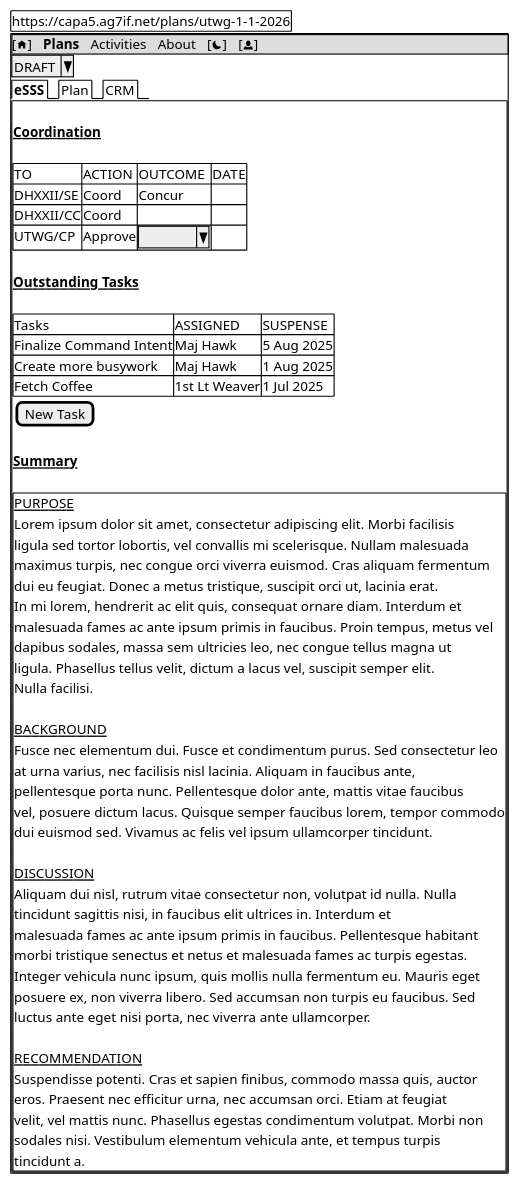
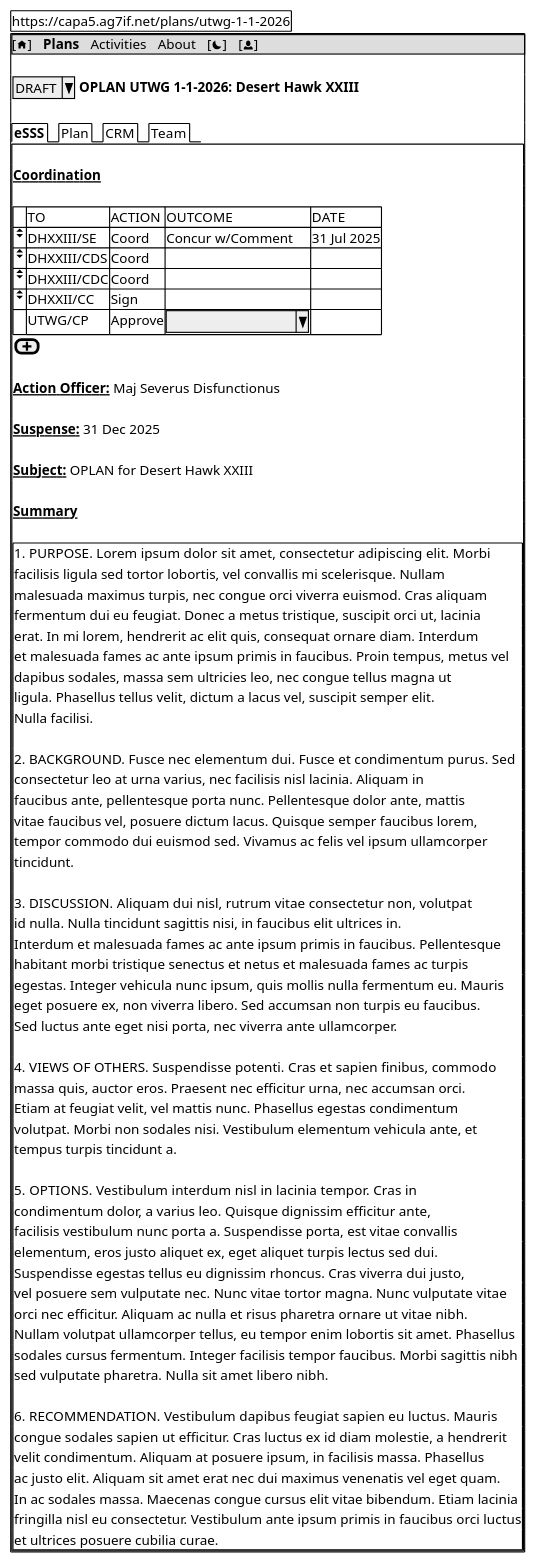
One commit to DerHabicht/capa5 changed the diagram in docs/web/plans/eSSS.puml. Above: the diagram before and after it, drawn with PlantUML. The commit also changed 4 other files, not shown here.

```diff
--- a/docs/web/plans/eSSS.puml
+++ b/docs/web/plans/eSSS.puml
@@ -1,71 +1,86 @@
-@startsalt Plan: Plan Tab
+@startsalt Plan: eSSS Tab
 { 
-{+ https://capa5.ag7if.net/plans/utwg-1-1-2026 }
-{+
-{* [<&home>] | <b>Plans</b> | Activities | About | [<&moon>] | [<&person>] }
-    ^DRAFT^
-{/ <b>eSSS</b> | Plan | CRM }
-{+
-    .
-    <b><u>Coordination</u></b>
-    .
-    {#
-        TO          | ACTION  | OUTCOME  | DATE
-        DHXXII/SE   | Coord   | Concur   | .
-        DHXXII/CC   | Coord   | .        | .
-        UTWG/CP     | Approve | ^      ^ | .
+    {+ https://capa5.ag7if.net/plans/utwg-1-1-2026 }
+    {+
+        {* [<&home>] | <b>Plans</b> | Activities | About | [<&moon>] | [<&person>] }
+        .
+        { ^DRAFT^ {<b>OPLAN UTWG 1-1-2026: Desert Hawk XXIII</b>}}
+        .
+        {/ <b>eSSS</b> | Plan | CRM | Team }
+        {+
+            .
+            <b><u>Coordination</u></b>
+            .
+            {#
+                .           | TO          | ACTION  | OUTCOME          | DATE
+                <&elevator> | DHXXIII/SE  | Coord   | Concur w/Comment | 31 Jul 2025
+                <&elevator> | DHXXIII/CDS | Coord   | .                | .
+                <&elevator> | DHXXIII/CDC | Coord   | .                | .
+                <&elevator> | DHXXII/CC   | Sign    | .                | .
+                .           | UTWG/CP     | Approve | ^              ^ | .
+            }
+            [<&plus>]
+            .
+            <b><u>Action Officer:</u></b> Maj Severus Disfunctionus
+            .
+            <b><u>Suspense:</u></b> 31 Dec 2025
+            .
+            <b><u>Subject:</u></b> OPLAN for Desert Hawk XXIII
+            .
+            <b><u>Summary</u></b>
+            .
+            {+
+                1. PURPOSE.  Lorem ipsum dolor sit amet, consectetur adipiscing elit. Morbi
+                facilisis ligula sed tortor lobortis, vel convallis mi scelerisque. Nullam 
+                malesuada maximus turpis, nec congue orci viverra euismod. Cras aliquam
+                fermentum dui eu feugiat. Donec a metus tristique, suscipit orci ut, lacinia
+                erat. In mi lorem, hendrerit ac elit quis, consequat ornare diam. Interdum 
+                et malesuada fames ac ante ipsum primis in faucibus. Proin tempus, metus vel 
+                dapibus sodales, massa sem ultricies leo, nec congue tellus magna ut 
+                ligula. Phasellus tellus velit, dictum a lacus vel, suscipit semper elit. 
+                Nulla facilisi.
+                .
+                2. BACKGROUND.  Fusce nec elementum dui. Fusce et condimentum purus. Sed 
+                consectetur leo at urna varius, nec facilisis nisl lacinia. Aliquam in 
+                faucibus ante, pellentesque porta nunc. Pellentesque dolor ante, mattis 
+                vitae faucibus vel, posuere dictum lacus. Quisque semper faucibus lorem,
+                tempor commodo dui euismod sed. Vivamus ac felis vel ipsum ullamcorper 
+                tincidunt.
+                .
+                3. DISCUSSION.  Aliquam dui nisl, rutrum vitae consectetur non, volutpat
+                id nulla. Nulla tincidunt sagittis nisi, in faucibus elit ultrices in. 
+                Interdum et malesuada fames ac ante ipsum primis in faucibus. Pellentesque
+                habitant morbi tristique senectus et netus et malesuada fames ac turpis 
+                egestas. Integer vehicula nunc ipsum, quis mollis nulla fermentum eu. Mauris 
+                eget posuere ex, non viverra libero. Sed accumsan non turpis eu faucibus. 
+                Sed luctus ante eget nisi porta, nec viverra ante ullamcorper.
+                .
+                4. VIEWS OF OTHERS.  Suspendisse potenti. Cras et sapien finibus, commodo 
+                massa quis, auctor eros. Praesent nec efficitur urna, nec accumsan orci. 
+                Etiam at feugiat velit, vel mattis nunc. Phasellus egestas condimentum 
+                volutpat. Morbi non sodales nisi. Vestibulum elementum vehicula ante, et 
+                tempus turpis tincidunt a.
+                .
+                5. OPTIONS.  Vestibulum interdum nisl in lacinia tempor. Cras in
+                condimentum dolor, a varius leo. Quisque dignissim efficitur ante, 
+                facilisis vestibulum nunc porta a. Suspendisse porta, est vitae convallis
+                elementum, eros justo aliquet ex, eget aliquet turpis lectus sed dui.
+                Suspendisse egestas tellus eu dignissim rhoncus. Cras viverra dui justo,
+                vel posuere sem vulputate nec. Nunc vitae tortor magna. Nunc vulputate vitae 
+                orci nec efficitur. Aliquam ac nulla et risus pharetra ornare ut vitae nibh.
+                Nullam volutpat ullamcorper tellus, eu tempor enim lobortis sit amet. Phasellus
+                sodales cursus fermentum. Integer facilisis tempor faucibus. Morbi sagittis nibh 
+                sed vulputate pharetra. Nulla sit amet libero nibh.
+                .
+                6. RECOMMENDATION.  Vestibulum dapibus feugiat sapien eu luctus. Mauris
+                congue sodales sapien ut efficitur. Cras luctus ex id diam molestie, a hendrerit
+                velit condimentum. Aliquam at posuere ipsum, in facilisis massa. Phasellus 
+                ac justo elit. Aliquam sit amet erat nec dui maximus venenatis vel eget quam.
+                In ac sodales massa. Maecenas congue cursus elit vitae bibendum. Etiam lacinia
+                fringilla nisl eu consectetur. Vestibulum ante ipsum primis in faucibus orci luctus
+                et ultrices posuere cubilia curae.
+            }
+        }
     }
-    .
-    <b><u>Outstanding Tasks</u></b>
-    .
-    {#
-        Tasks                    | ASSIGNED      | SUSPENSE
-        Finalize Command Intent  | Maj Hawk      | 5 Aug 2025
-        Create more busywork     | Maj Hawk      | 1 Aug 2025
-        Fetch Coffee             | 1st Lt Weaver | 1 Jul 2025
-    }
-    {[New Task]}
-    .
-    <b><u>Summary</u></b>
-    .
-    {+
-        <u>PURPOSE</u>
-        Lorem ipsum dolor sit amet, consectetur adipiscing elit. Morbi facilisis 
-        ligula sed tortor lobortis, vel convallis mi scelerisque. Nullam malesuada 
-        maximus turpis, nec congue orci viverra euismod. Cras aliquam fermentum 
-        dui eu feugiat. Donec a metus tristique, suscipit orci ut, lacinia erat. 
-        In mi lorem, hendrerit ac elit quis, consequat ornare diam. Interdum et 
-        malesuada fames ac ante ipsum primis in faucibus. Proin tempus, metus vel 
-        dapibus sodales, massa sem ultricies leo, nec congue tellus magna ut 
-        ligula. Phasellus tellus velit, dictum a lacus vel, suscipit semper elit. 
-        Nulla facilisi.
-        .
-        <u>BACKGROUND</u>
-        Fusce nec elementum dui. Fusce et condimentum purus. Sed consectetur leo
-        at urna varius, nec facilisis nisl lacinia. Aliquam in faucibus ante,
-        pellentesque porta nunc. Pellentesque dolor ante, mattis vitae faucibus
-        vel, posuere dictum lacus. Quisque semper faucibus lorem, tempor commodo
-        dui euismod sed. Vivamus ac felis vel ipsum ullamcorper tincidunt.
-        .
-        <u>DISCUSSION</u>
-        Aliquam dui nisl, rutrum vitae consectetur non, volutpat id nulla. Nulla
-        tincidunt sagittis nisi, in faucibus elit ultrices in. Interdum et
-        malesuada fames ac ante ipsum primis in faucibus. Pellentesque habitant 
-        morbi tristique senectus et netus et malesuada fames ac turpis egestas. 
-        Integer vehicula nunc ipsum, quis mollis nulla fermentum eu. Mauris eget
-        posuere ex, non viverra libero. Sed accumsan non turpis eu faucibus. Sed
-        luctus ante eget nisi porta, nec viverra ante ullamcorper.
-        .
-        <u>RECOMMENDATION</u>
-        Suspendisse potenti. Cras et sapien finibus, commodo massa quis, auctor
-        eros. Praesent nec efficitur urna, nec accumsan orci. Etiam at feugiat
-        velit, vel mattis nunc. Phasellus egestas condimentum volutpat. Morbi non
-        sodales nisi. Vestibulum elementum vehicula ante, et tempus turpis
-        tincidunt a.
-    }
-
-
-}
-}
 }
 @endsalt
```
